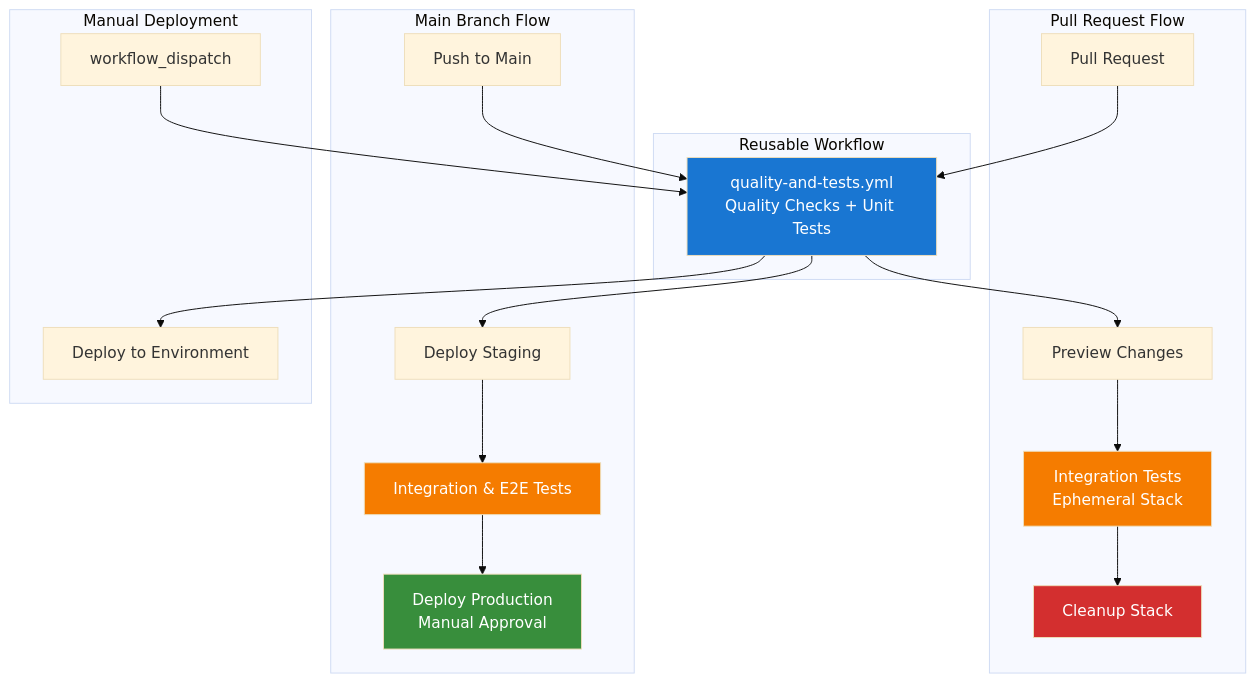
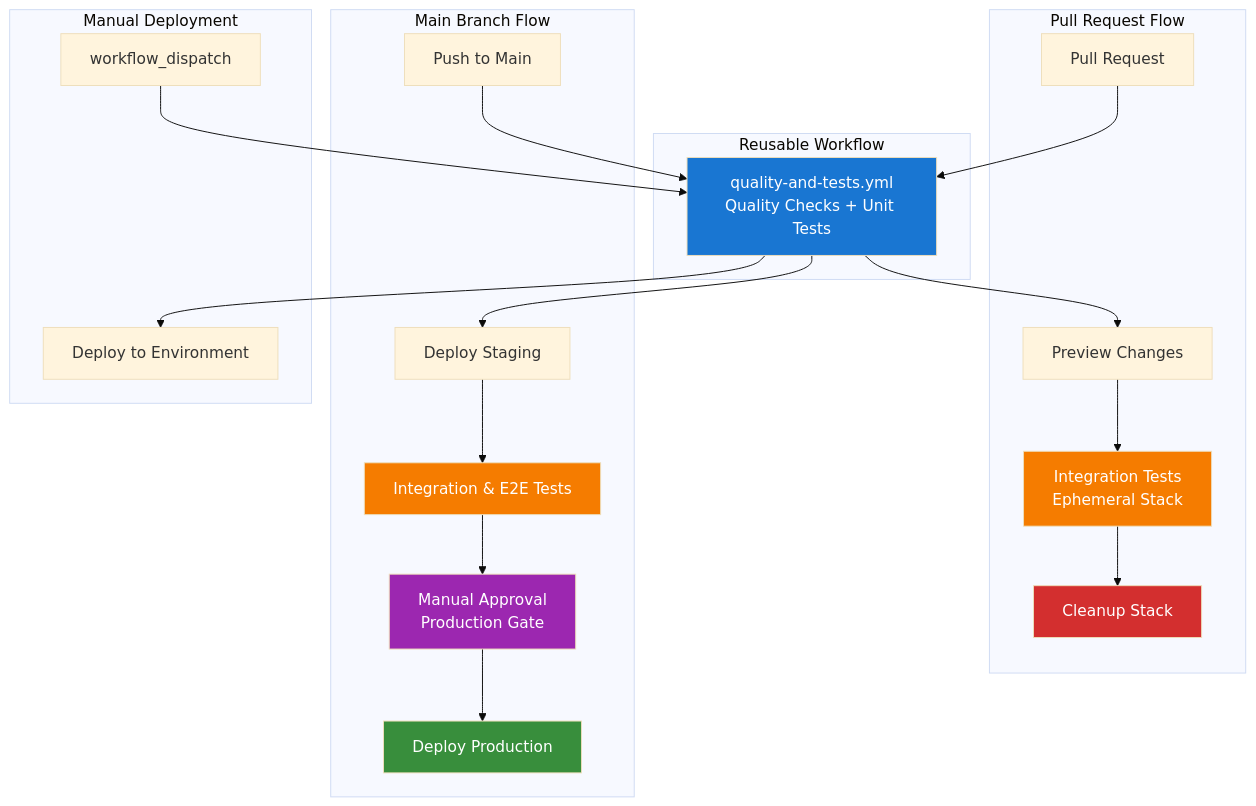
The diagram in .github/workflows/README.md (pulumi-initech/aws-rag-pipeline), drawn with Mermaid (base theme) before and after one commit. The commit also changed other lines of this file and 2 other files, not shown here.

Commit message:
Adding approval to workflow

````diff
--- a/.github/workflows/README.md
+++ b/.github/workflows/README.md
@@ -19,31 +19,33 @@
 ```mermaid
 graph TD
     subgraph "Reusable Workflow"
         QT[quality-and-tests.yml<br/>Quality Checks + Unit Tests]
     end
     
     subgraph "Pull Request Flow"
         PR[Pull Request] --> QT
         QT --> PV[Preview Changes]
         PV --> IT[Integration Tests<br/>Ephemeral Stack]
         IT --> CL[Cleanup Stack]
     end
     
     subgraph "Main Branch Flow"
         PUSH[Push to Main] --> QT
         QT --> DS[Deploy Staging]
         DS --> E2E[Integration & E2E Tests]
-        E2E --> DP[Deploy Production<br/>Manual Approval]
+        E2E --> APPROVAL[Manual Approval<br/>Production Gate]
+        APPROVAL --> DP[Deploy Production]
     end
     
     subgraph "Manual Deployment"
         MD[workflow_dispatch] --> QT
         QT --> MDP[Deploy to Environment]
     end
     
     style QT fill:#1976d2,color:#fff
     style IT fill:#f57c00,color:#fff
     style E2E fill:#f57c00,color:#fff
+    style APPROVAL fill:#9c27b0,color:#fff
     style CL fill:#d32f2f,color:#fff
     style DP fill:#388e3c,color:#fff
 ```
````
